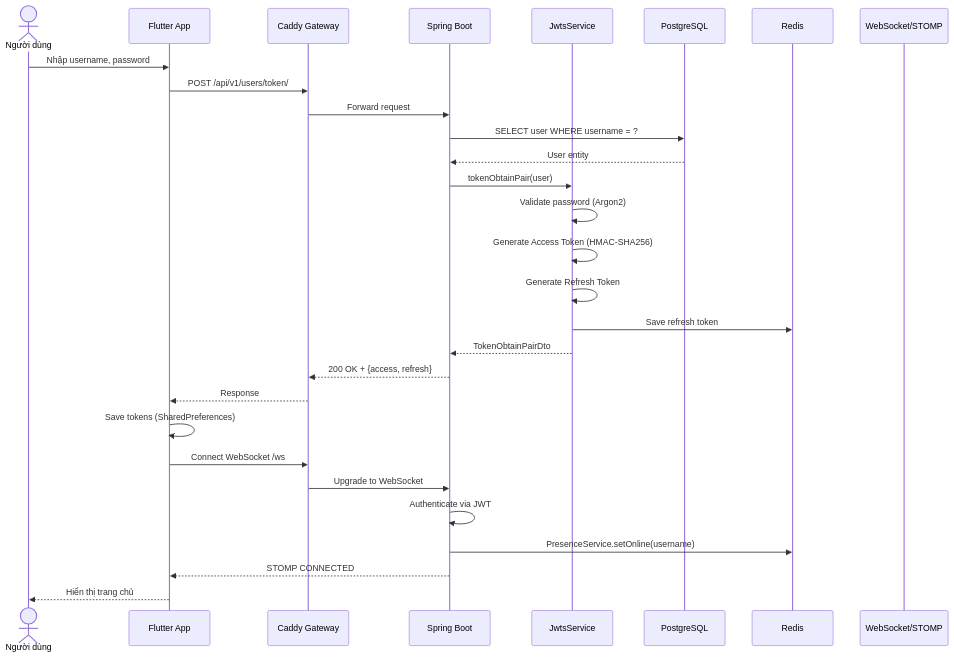
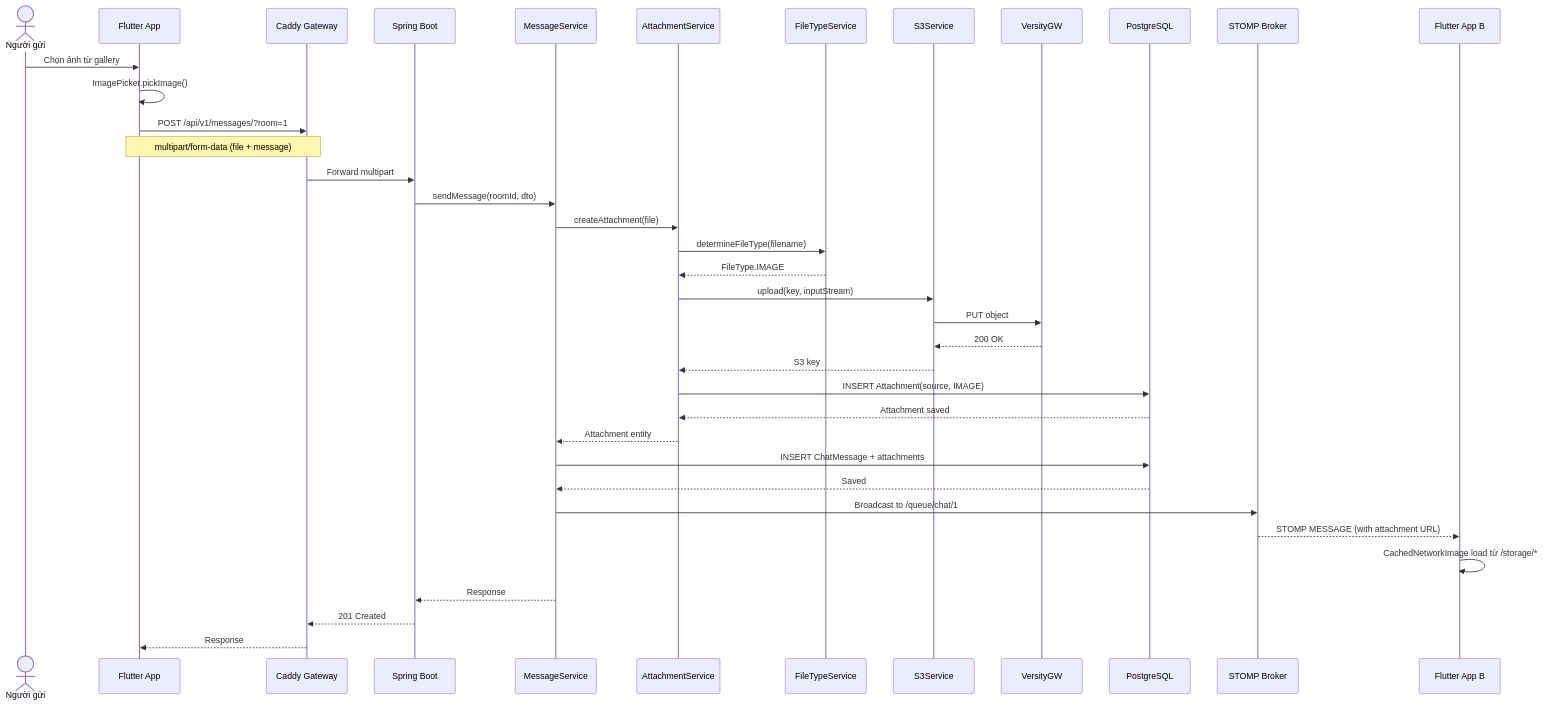
One commit to HiepNguyen284/chatapp changed the fifth of 11 diagrams in bao_cao_thanh_vien_1.md. Above: the diagram before and after it, drawn with Mermaid. The commit also changed other lines of this file and 4473 other files, not shown here.

````diff
--- a/bao_cao_thanh_vien_1.md
+++ b/bao_cao_thanh_vien_1.md
@@ -770,32 +577,40 @@
 ```mermaid
 sequenceDiagram
-    actor User as Người dùng
+    actor User as Người gửi
     participant App as Flutter App
     participant API as Caddy Gateway
     participant SB as Spring Boot
-    participant JWT as JwtsService
+    participant MsgSvc as MessageService
+    participant AttSvc as AttachmentService
+    participant FTSvc as FileTypeService
+    participant S3 as S3Service
+    participant Store as VersityGW
     participant DB as PostgreSQL
-    participant Redis as Redis
-    participant WS as WebSocket/STOMP
+    participant STOMP as STOMP Broker
+    participant AppB as Flutter App B
 
-    User->>App: Nhập username, password
-    App->>API: POST /api/v1/users/token/
-    API->>SB: Forward request
-    SB->>DB: SELECT user WHERE username = ?
-    DB-->>SB: User entity
-    SB->>JWT: tokenObtainPair(user)
-    JWT->>JWT: Validate password (Argon2)
-    JWT->>JWT: Generate Access Token (HMAC-SHA256)
-    JWT->>JWT: Generate Refresh Token
-    JWT->>Redis: Save refresh token
-    JWT-->>SB: TokenObtainPairDto
-    SB-->>API: 200 OK + {access, refresh}
+    User->>App: Chọn ảnh từ gallery
+    App->>App: ImagePicker.pickImage()
+    App->>API: POST /api/v1/messages/?room=1
+    Note over App,API: multipart/form-data (file + message)
+    API->>SB: Forward multipart
+    SB->>MsgSvc: sendMessage(roomId, dto)
+    MsgSvc->>AttSvc: createAttachment(file)
+    AttSvc->>FTSvc: determineFileType(filename)
+    FTSvc-->>AttSvc: FileType.IMAGE
+    AttSvc->>S3: upload(key, inputStream)
+    S3->>Store: PUT object
+    Store-->>S3: 200 OK
+    S3-->>AttSvc: S3 key
+    AttSvc->>DB: INSERT Attachment(source, IMAGE)
+    DB-->>AttSvc: Attachment saved
+    AttSvc-->>MsgSvc: Attachment entity
+    MsgSvc->>DB: INSERT ChatMessage + attachments
+    DB-->>MsgSvc: Saved
+    MsgSvc->>STOMP: Broadcast to /queue/chat/1
+    STOMP-->>AppB: STOMP MESSAGE (with attachment URL)
+    AppB->>AppB: CachedNetworkImage load từ /storage/*
+    MsgSvc-->>SB: Response
+    SB-->>API: 201 Created
     API-->>App: Response
-    App->>App: Save tokens (SharedPreferences)
-    App->>API: Connect WebSocket /ws
-    API->>SB: Upgrade to WebSocket
-    SB->>SB: Authenticate via JWT
-    SB->>Redis: PresenceService.setOnline(username)
-    SB-->>App: STOMP CONNECTED
-    App-->>User: Hiển thị trang chủ
 ```
````
